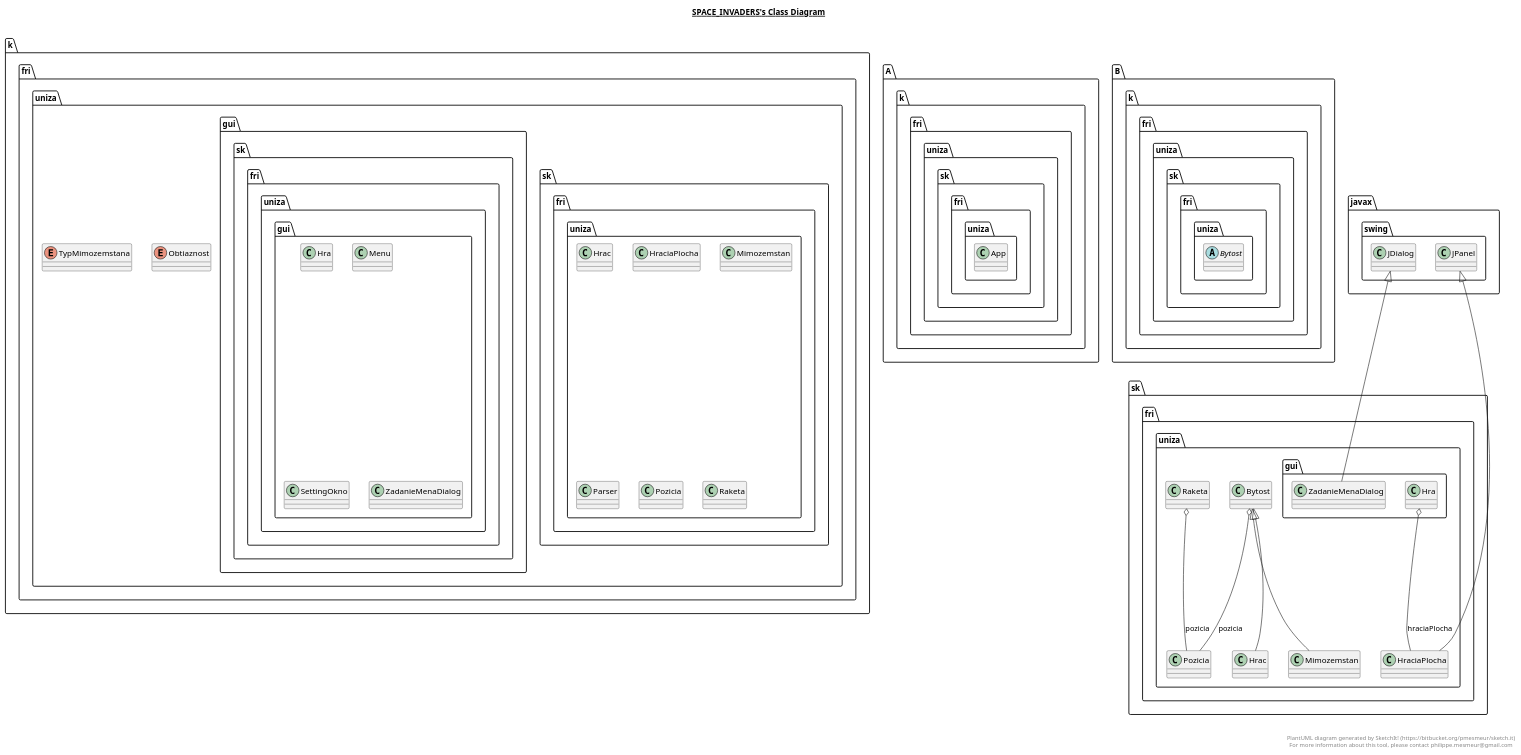
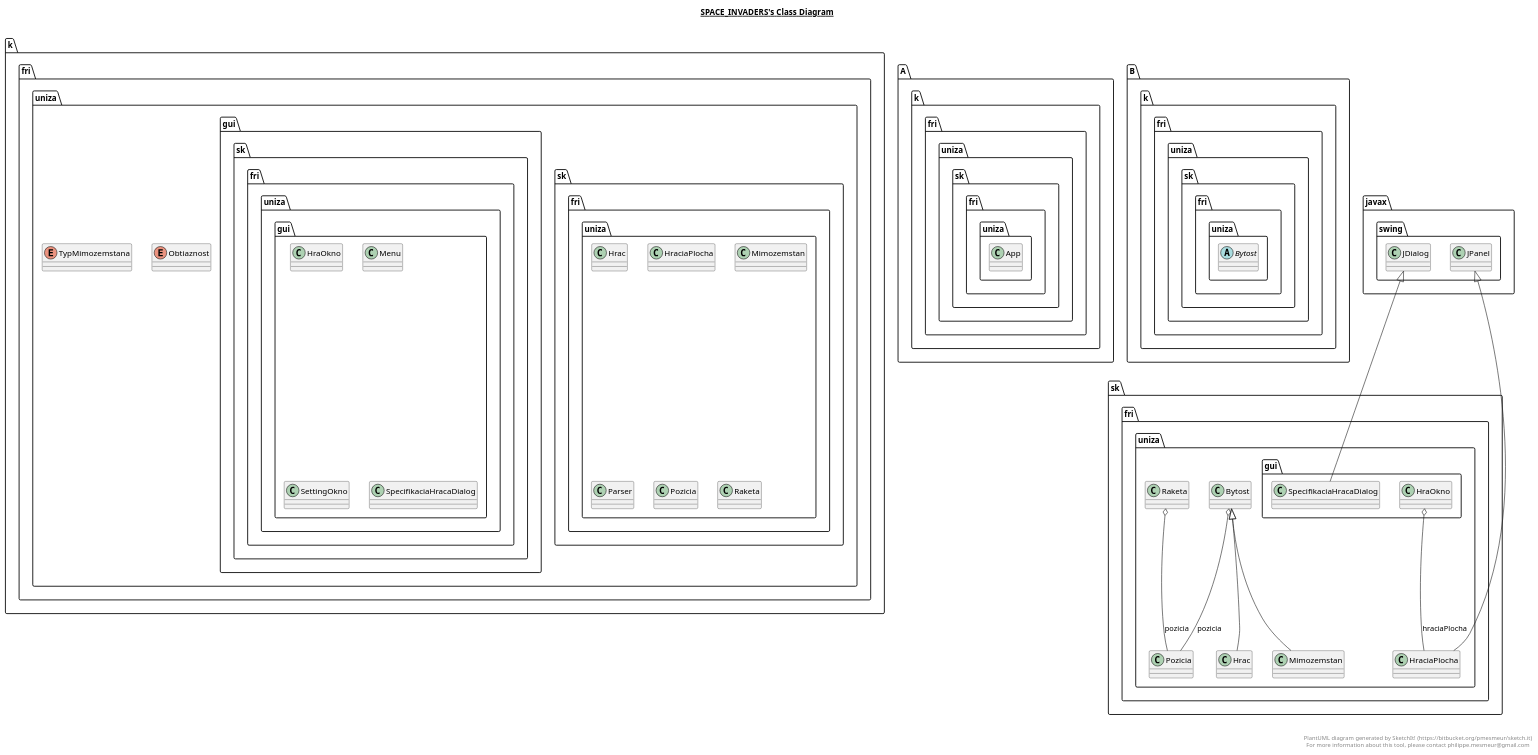
The diagram in Space_Invaders.plantuml (RichardKovacik/Space_Invaders_semestralka), drawn with PlantUML before and after one commit. The commit also changed 22 other files, not shown here.

```diff
--- a/Space_Invaders.plantuml
+++ b/Space_Invaders.plantuml
@@ -1,142 +1,142 @@
 @startuml
 
 title __SPACE_INVADERS's Class Diagram__\n
 
   namespace A  {
     namespace k.fri.uniza {
       class sk.fri.uniza.App {
       }
     }
   }
   
 
   namespace B  {
     namespace k.fri.uniza {
       abstract class sk.fri.uniza.Bytost {
       }
     }
   }
   
 
 
     namespace k.fri.uniza {
       class sk.fri.uniza.Hrac {
       }
     }
 
   
 
 
     namespace k.fri.uniza {
       class sk.fri.uniza.HraciaPlocha {
       }
     }
 
   
 
 
     namespace k.fri.uniza {
       class sk.fri.uniza.Mimozemstan {
       }
     }
 
   
 
 
     namespace k.fri.uniza {
       enum Obtiaznost {
       }
     }
 
   
 
 
     namespace k.fri.uniza {
       class sk.fri.uniza.Parser {
       }
     }
 
   
 
 
     namespace k.fri.uniza {
       class sk.fri.uniza.Pozicia {
       }
     }
 
   
 
 
     namespace k.fri.uniza {
       class sk.fri.uniza.Raketa {
       }
     }
 
   
 
 
     namespace k.fri.uniza {
       enum TypMimozemstana {
       }
     }
 
   
 
 
     namespace k.fri.uniza {
       namespace gui {
-        class sk.fri.uniza.gui.Hra {
+        class sk.fri.uniza.gui.HraOkno {
         }
       }
     }
 
   
 
 
     namespace k.fri.uniza {
       namespace gui {
         class sk.fri.uniza.gui.Menu {
         }
       }
     }
 
   
 
 
     namespace k.fri.uniza {
       namespace gui {
         class sk.fri.uniza.gui.SettingOkno {
         }
       }
     }
 
   
 
 
     namespace k.fri.uniza {
       namespace gui {
-        class sk.fri.uniza.gui.ZadanieMenaDialog {
+        class sk.fri.uniza.gui.SpecifikaciaHracaDialog {
         }
       }
     }
 
   
 
   sk.fri.uniza.Bytost o-- sk.fri.uniza.Pozicia : pozicia
   sk.fri.uniza.Hrac -up-|> sk.fri.uniza.Bytost
   sk.fri.uniza.HraciaPlocha -up-|> javax.swing.JPanel
   sk.fri.uniza.Mimozemstan -up-|> sk.fri.uniza.Bytost
   sk.fri.uniza.Raketa o-- sk.fri.uniza.Pozicia : pozicia
-  sk.fri.uniza.gui.Hra o-- sk.fri.uniza.HraciaPlocha : hraciaPlocha
-  sk.fri.uniza.gui.Hra o-- sk.fri.uniza.HraciaPlocha.VykreslovaniePlochy : vykreslovacuThread
-  sk.fri.uniza.gui.ZadanieMenaDialog -up-|> javax.swing.JDialog
+  sk.fri.uniza.gui.HraOkno o-- sk.fri.uniza.HraciaPlocha : hraciaPlocha
+  sk.fri.uniza.gui.HraOkno o-- sk.fri.uniza.HraciaPlocha.VykreslovaniePlochy : vykreslovacuThread
+  sk.fri.uniza.gui.SpecifikaciaHracaDialog -up-|> javax.swing.JDialog
 
 
 right footer
 
 
 PlantUML diagram generated by SketchIt! (https://bitbucket.org/pmesmeur/sketch.it)
 For more information about this tool, please contact philippe.mesmeur@gmail.com
 endfooter
 
 @enduml
```
